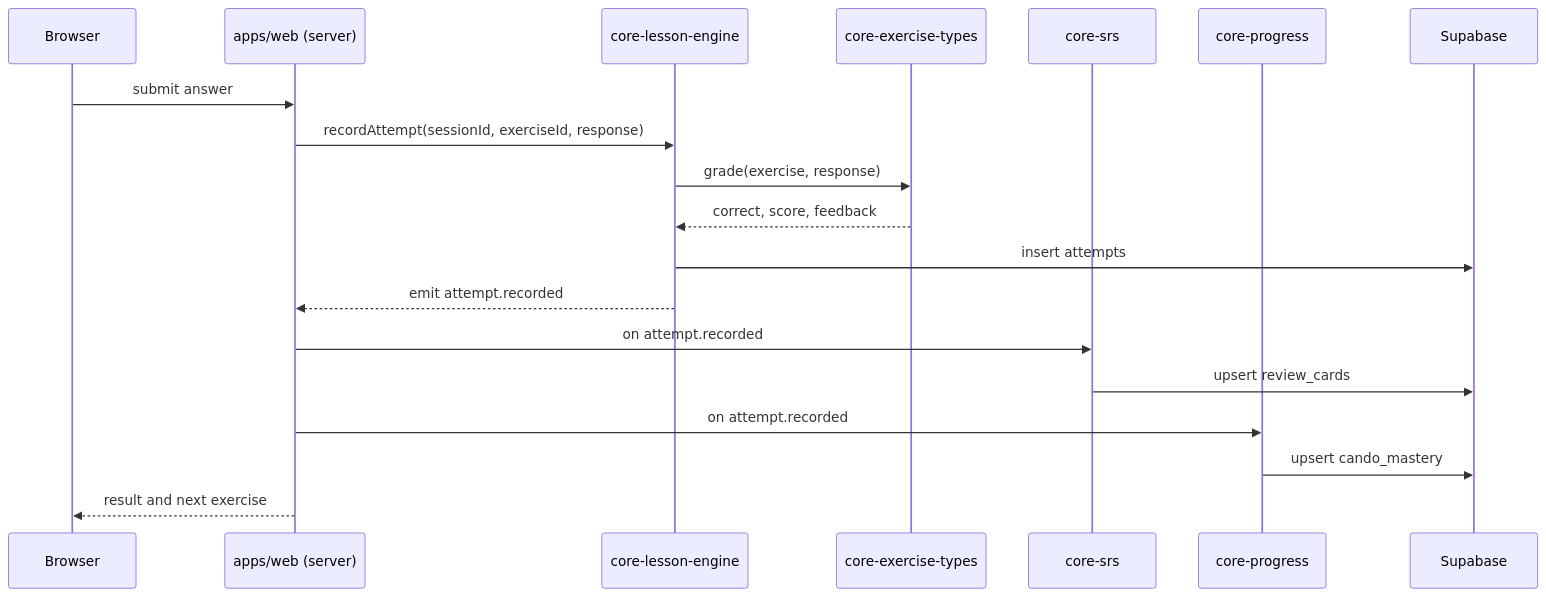
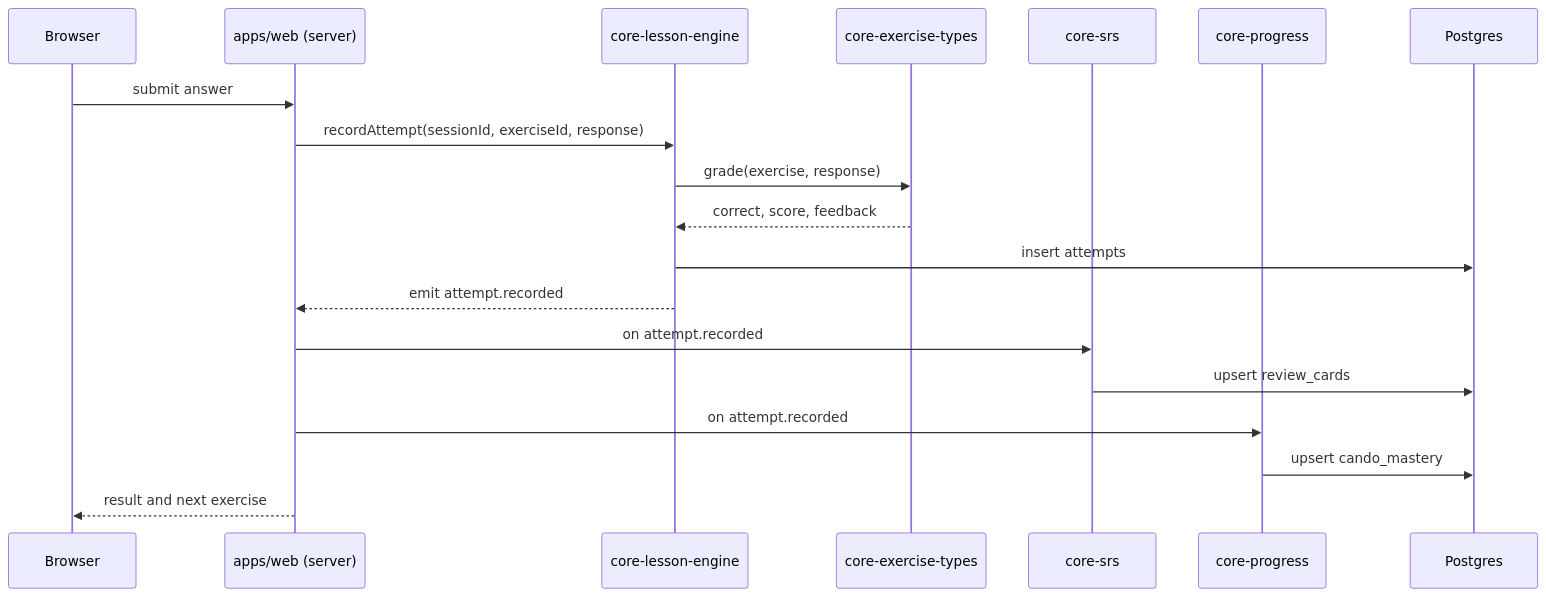
The second of 2 diagrams in docs/02-architecture.md (NewAi25/stufen), drawn with Mermaid before and after one commit. The commit also changed other lines of this file and 68 other files, not shown here.

````diff
--- a/docs/02-architecture.md
+++ b/docs/02-architecture.md
@@ -119,22 +140,22 @@
 ```mermaid
 sequenceDiagram
   participant B as Browser
   participant W as apps/web (server)
   participant L as core-lesson-engine
   participant X as core-exercise-types
   participant S as core-srs
   participant P as core-progress
-  participant DB as Supabase
+  participant DB as Postgres
 
   B->>W: submit answer
   W->>L: recordAttempt(sessionId, exerciseId, response)
   L->>X: grade(exercise, response)
   X-->>L: correct, score, feedback
   L->>DB: insert attempts
   L-->>W: emit attempt.recorded
   W->>S: on attempt.recorded
   S->>DB: upsert review_cards
   W->>P: on attempt.recorded
   P->>DB: upsert cando_mastery
   W-->>B: result and next exercise
 ```
````
